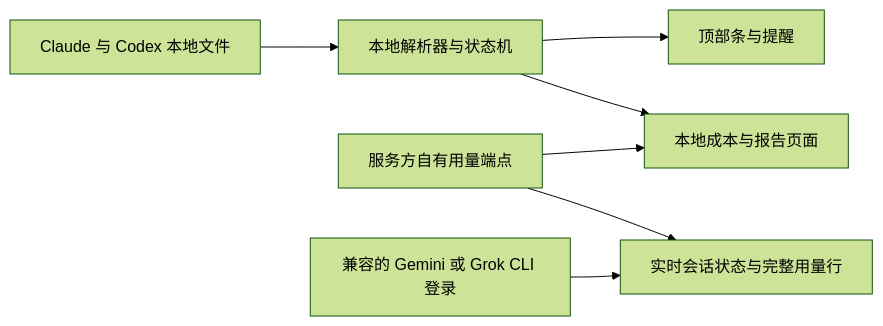
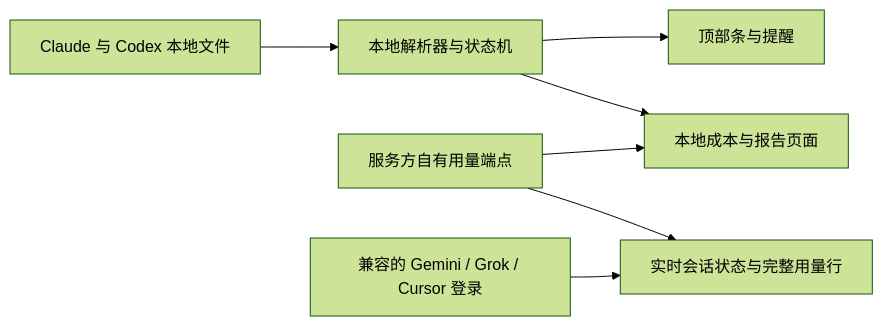
Before and after one commit to sunmingyang/agent-island: the diagram in README.zh-CN.md, drawn with Mermaid (forest theme). The commit also changed other lines of this file and 5 other files, not shown here.

````diff
--- a/README.zh-CN.md
+++ b/README.zh-CN.md
@@ -210,9 +210,9 @@
 ```mermaid
 flowchart LR
     A[Claude 与 Codex 本地文件] --> B[本地解析器与状态机]
     B --> C[顶部条与提醒]
     B --> D[本地成本与报告页面]
     E[服务方自有用量端点] --> D
-    F[兼容的 Gemini 或 Grok CLI 登录] --> G[实时会话状态与完整用量行]
+    F[兼容的 Gemini / Grok / Cursor 登录] --> G[实时会话状态与完整用量行]
     E --> G
 ```
````
